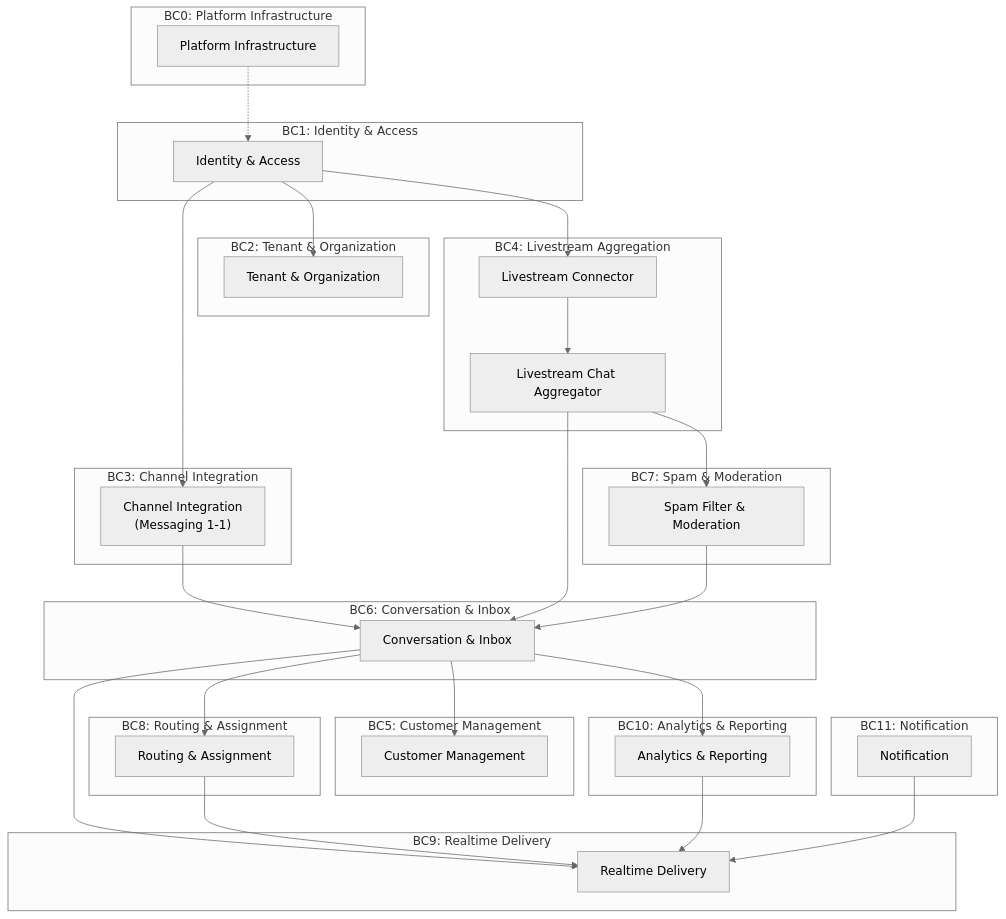
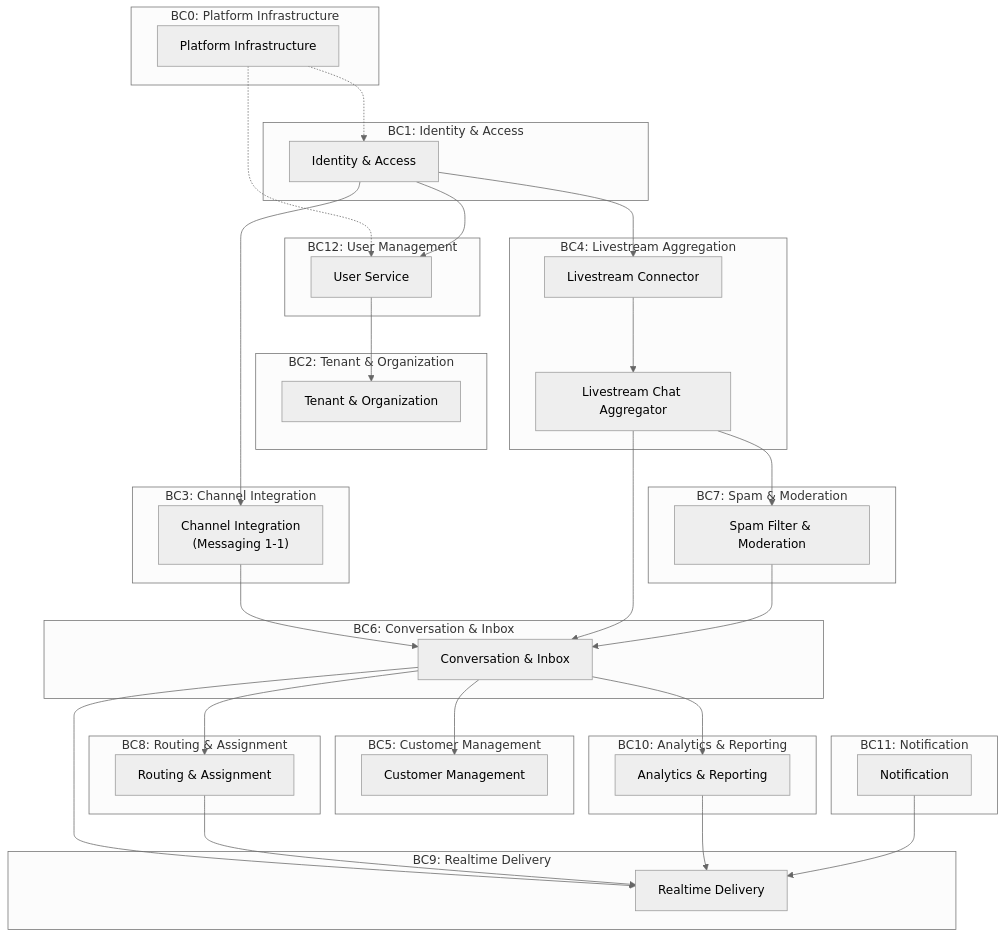
The diagram in docs/MODULES.md (vutiendat24/omniChat), drawn with Mermaid (neutral theme) before and after one commit. The commit also changed other lines of this file and 8 other files, not shown here.

Commit message:
docs/userService

````diff
--- a/docs/MODULES.md
+++ b/docs/MODULES.md
@@ -15,68 +15,74 @@
 ```mermaid
 graph TB
     subgraph "BC1: Identity & Access"
         M01["Identity & Access"]
     end
 
     subgraph "BC2: Tenant & Organization"
         M02["Tenant & Organization"]
     end
 
     subgraph "BC3: Channel Integration"
         M03["Channel Integration<br/>(Messaging 1-1)"]
     end
 
     subgraph "BC4: Livestream Aggregation"
         M04["Livestream Connector"]
         M05["Livestream Chat Aggregator"]
     end
 
     subgraph "BC5: Customer Management"
         M06["Customer Management"]
     end
 
     subgraph "BC6: Conversation & Inbox"
         M07["Conversation & Inbox"]
     end
 
     subgraph "BC7: Spam & Moderation"
         M08["Spam Filter & Moderation"]
     end
 
     subgraph "BC8: Routing & Assignment"
         M09["Routing & Assignment"]
     end
 
     subgraph "BC9: Realtime Delivery"
         M10["Realtime Delivery"]
     end
 
     subgraph "BC10: Analytics & Reporting"
         M11["Analytics & Reporting"]
     end
 
     subgraph "BC11: Notification"
         M12["Notification"]
     end
 
+    subgraph "BC12: User Management"
+        M13["User Service"]
+    end
+
     subgraph "BC0: Platform Infrastructure"
         M00["Platform Infrastructure"]
     end
 
     M00 -.-> M01
-    M01 --> M02
+    M00 -.-> M13
+    M01 --> M13
+    M13 --> M02
     M01 --> M03
     M01 --> M04
     M03 --> M07
     M04 --> M05
     M05 --> M07
     M05 --> M08
     M07 --> M06
     M07 --> M09
     M07 --> M10
     M07 --> M11
     M09 --> M10
     M08 --> M07
     M11 --> M10
     M12 --> M10
 ```
````
